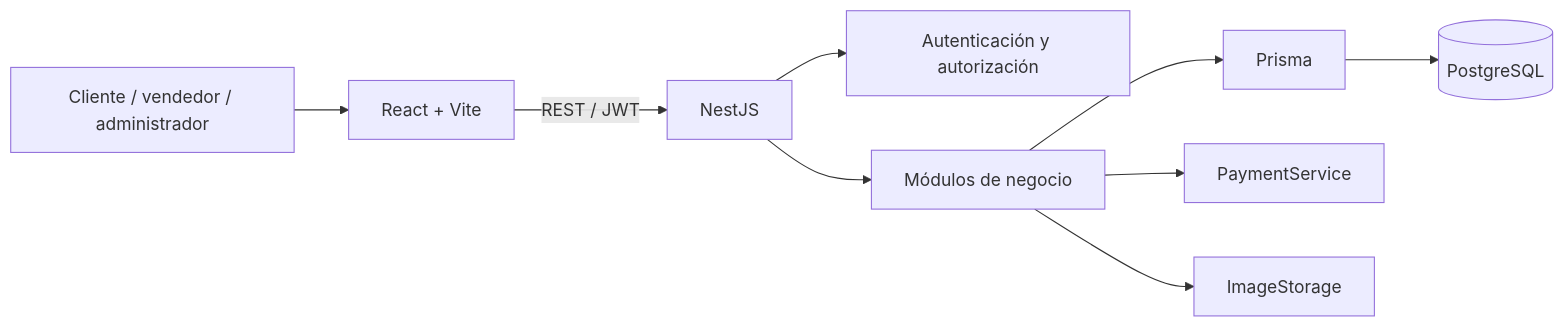
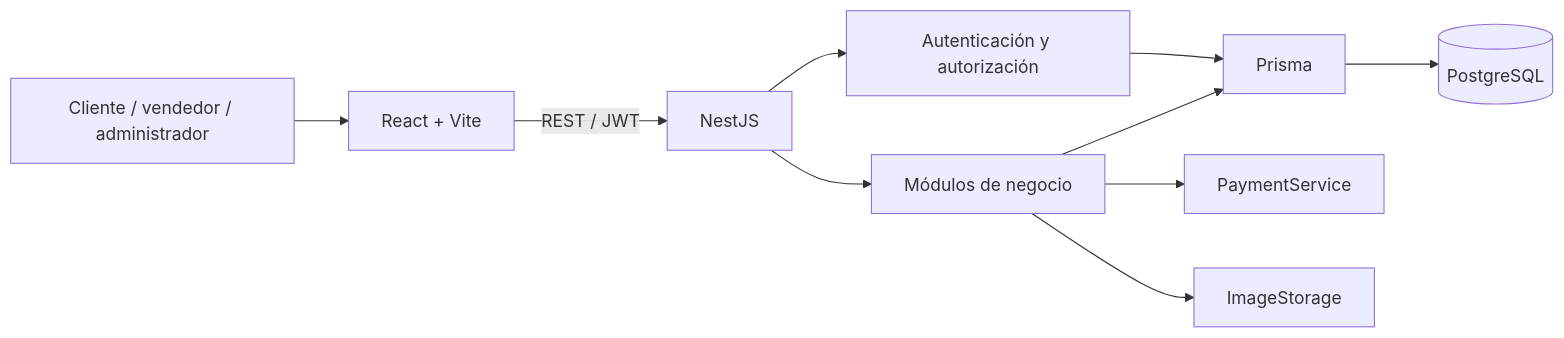
The diagram in docs/architecture.md (joshi20022021/MARKETPLACE_PATZISHOP), drawn with Mermaid before and after one commit. The commit also changed other lines of this file and 6 other files, not shown here.

````diff
--- a/docs/architecture.md
+++ b/docs/architecture.md
@@ -9,11 +9,12 @@
 ```mermaid
 flowchart LR
   U[Cliente / vendedor / administrador] --> F[React + Vite]
   F -->|REST / JWT| API[NestJS]
   API --> AUTH[Autenticación y autorización]
+  AUTH --> ORM
   API --> DOMAIN[Módulos de negocio]
   DOMAIN --> ORM[Prisma]
   ORM --> DB[(PostgreSQL)]
   DOMAIN --> PAY[PaymentService]
   DOMAIN --> MEDIA[ImageStorage]
 ```
````
